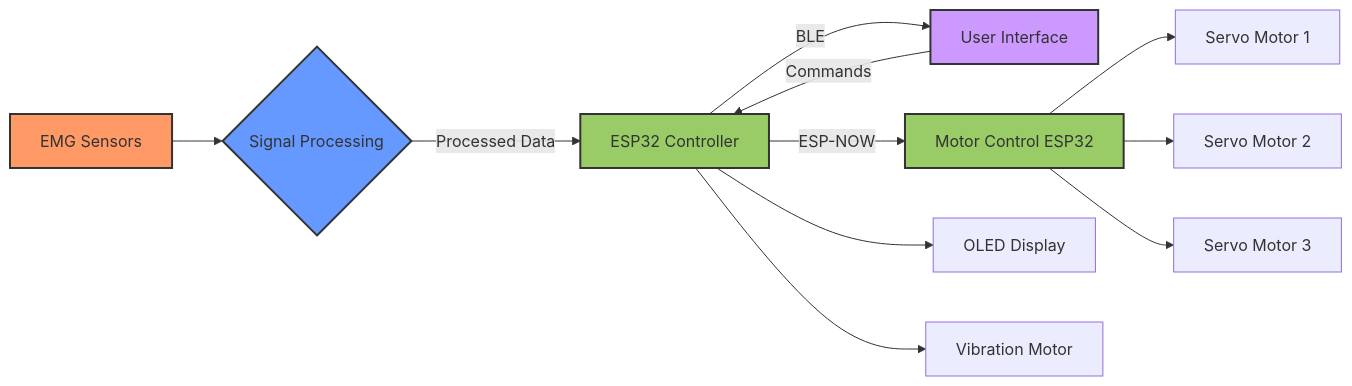
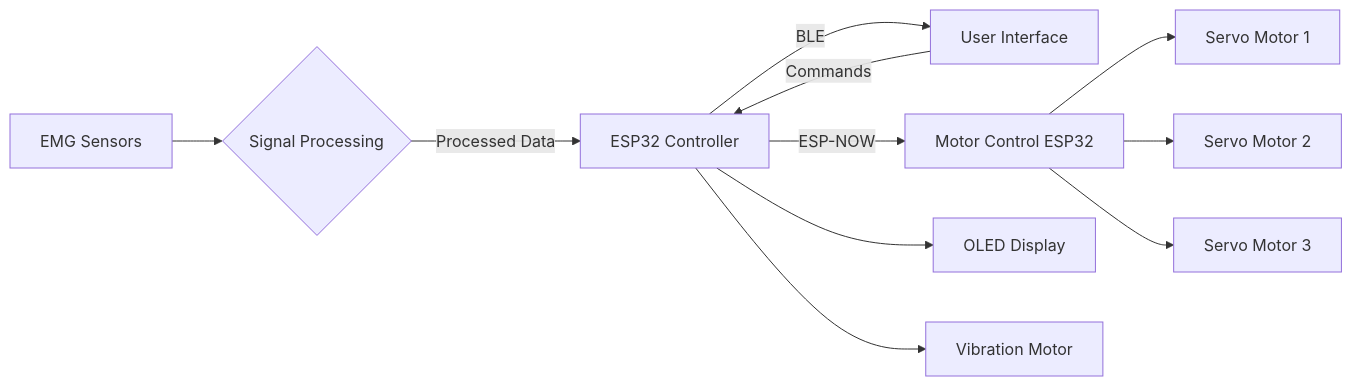
The third of 3 diagrams in Readme.md (CLoaKY233/epics-prosthetic-hand), drawn with Mermaid before and after one commit. The commit also changed other lines of this file, not shown here.

````diff
--- a/Readme.md
+++ b/Readme.md
@@ -66,23 +63,19 @@
 ```mermaid
 flowchart LR
     A[EMG Sensors] --> B{Signal Processing}
     B -->|Processed Data| C[ESP32 Controller]
     
     C -->|BLE| D[User Interface]
     D -->|Commands| C
     
     C -->|ESP-NOW| E[Motor Control ESP32]
     
     C --> F[OLED Display]
     C --> G[Vibration Motor]
     
     E --> H[Servo Motor 1]
     E --> I[Servo Motor 2]
     E --> J[Servo Motor 3]
     
-    style A fill:#f96,stroke:#333,stroke-width:2px
-    style B fill:#69f,stroke:#333,stroke-width:2px
-    style C fill:#9c6,stroke:#333,stroke-width:2px
-    style E fill:#9c6,stroke:#333,stroke-width:2px
-    style D fill:#c9f,stroke:#333,stroke-width:2px
+   
 ```
````
